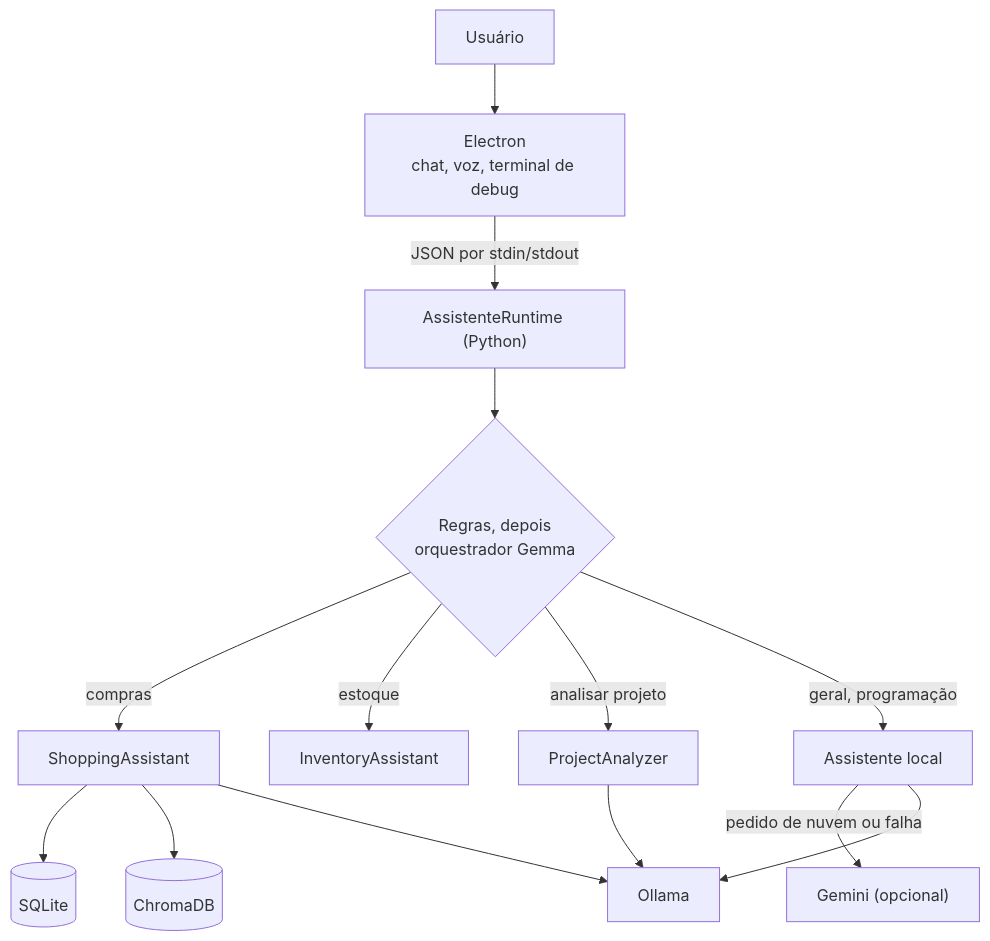
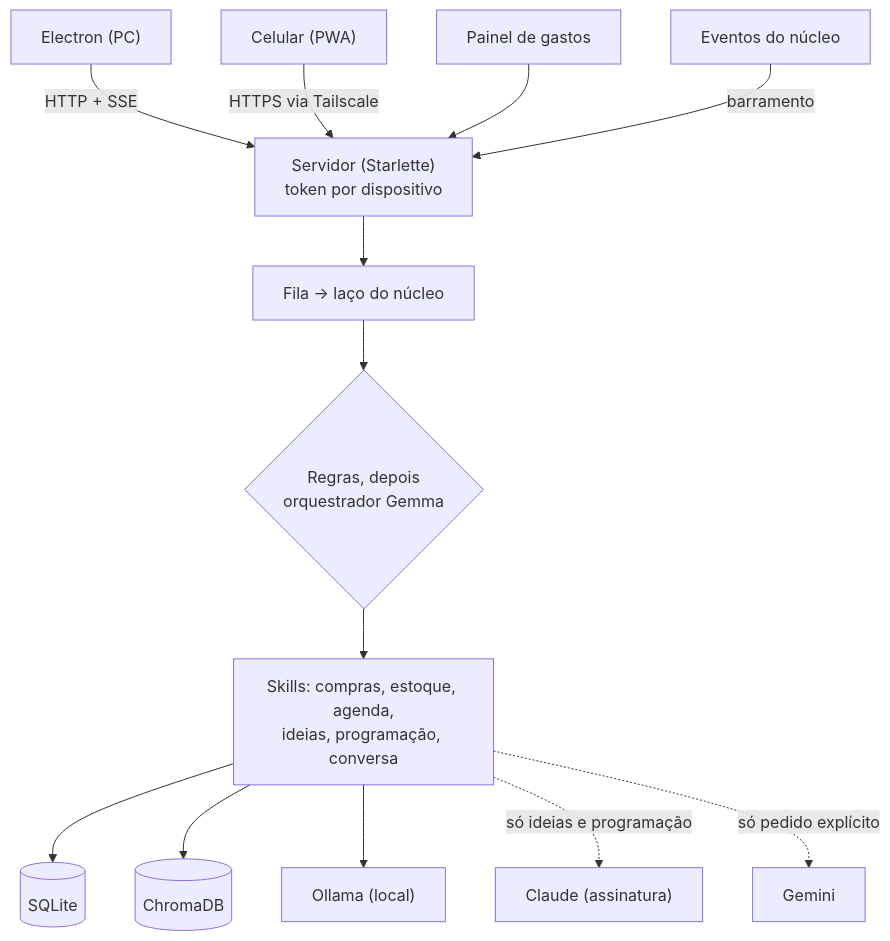
Before and after one commit to Felipe-Stu/assistente-domestico: the diagram in README.md, drawn with Mermaid. The commit also changed other lines of this file and 3 other files, not shown here.

First line of the commit message:
docs(V5.5): guia do servidor, celular e painel; README, CHANGELOG e Estado Atual

````diff
--- a/README.md
+++ b/README.md
@@ -29,16 +32,15 @@
 ```mermaid
 graph TD
-    USER["Usuário"] --> UI["Electron<br>chat, voz, terminal de debug"]
-    UI -->|"JSON por stdin/stdout"| RT["AssistenteRuntime (Python)"]
-    RT --> ORQ{"Regras, depois<br>orquestrador Gemma"}
-    ORQ -->|"compras"| SH["ShoppingAssistant"]
-    ORQ -->|"estoque"| INV["InventoryAssistant"]
-    ORQ -->|"analisar projeto"| PA["ProjectAnalyzer"]
-    ORQ -->|"geral, programação"| LOCAL["Assistente local"]
-    LOCAL -->|"pedido de nuvem ou falha"| NUVEM["Gemini (opcional)"]
-    SH --> SQL[("SQLite")]
-    SH --> CH[("ChromaDB")]
-    LOCAL --> OLL["Ollama"]
-    SH --> OLL
-    PA --> OLL
+    PC["Electron (PC)"] -->|"HTTP + SSE"| API["Servidor (Starlette)<br>token por dispositivo"]
+    CEL["Celular (PWA)"] -->|"HTTPS via Tailscale"| API
+    PAINEL["Painel de gastos"] --> API
+    API --> FILA["Fila → laço do núcleo"]
+    FILA --> ORQ{"Regras, depois<br>orquestrador Gemma"}
+    ORQ --> SK["Skills: compras, estoque, agenda,<br>ideias, programação, conversa"]
+    SK --> SQL[("SQLite")]
+    SK --> CH[("ChromaDB")]
+    SK --> OLL["Ollama (local)"]
+    SK -.->|"só ideias e programação"| CLAUDE["Claude (assinatura)"]
+    SK -.->|"só pedido explícito"| GEM["Gemini"]
+    NUC["Eventos do núcleo"] -->|"barramento"| API
 ```
````
